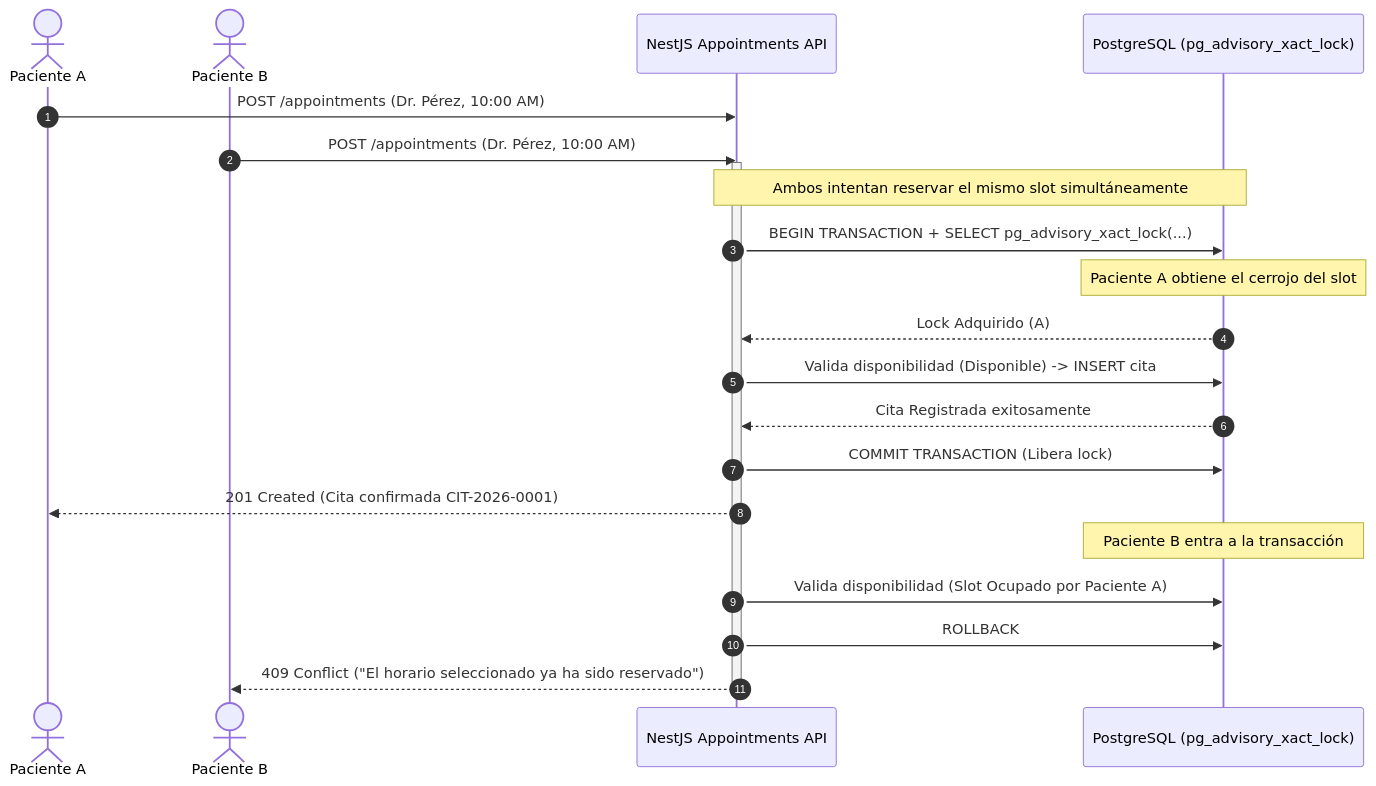
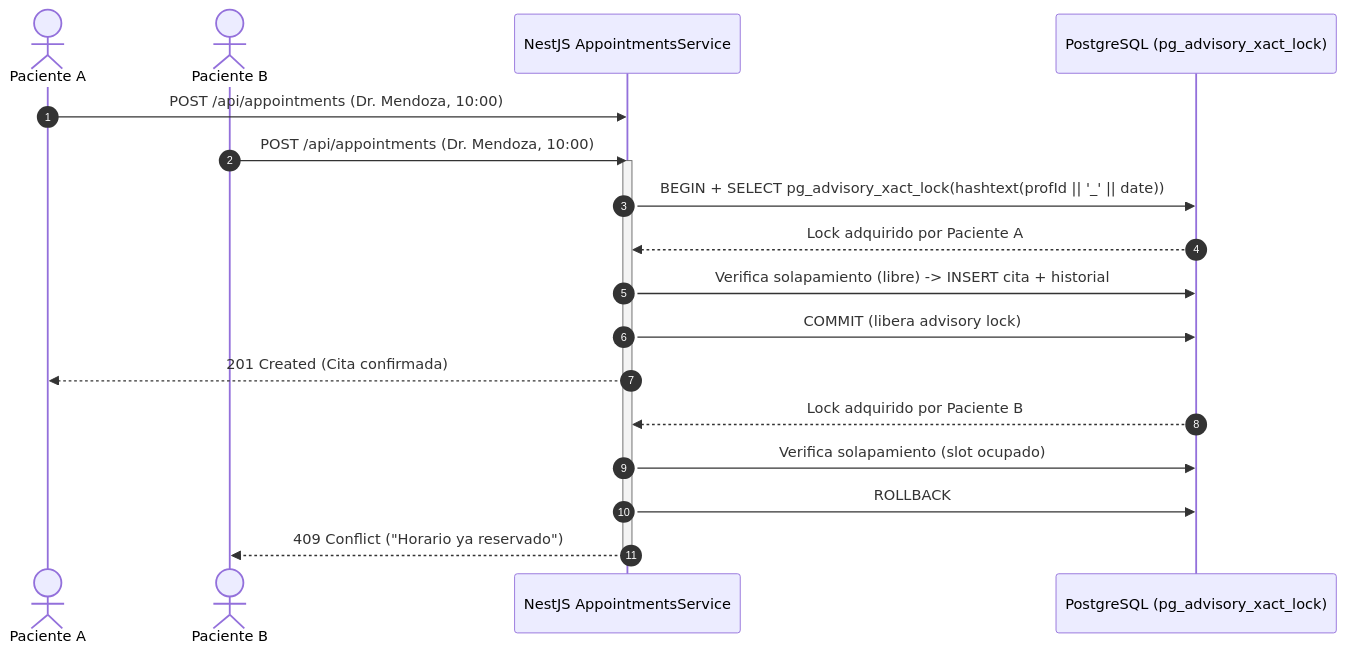
The second of 2 diagrams in README.md (Alessander9/SistemaCitas_ok), drawn with Mermaid before and after one commit. The commit also changed other lines of this file, not shown here.

````diff
--- a/README.md
+++ b/README.md
@@ -106,26 +165,23 @@
 ```mermaid
 sequenceDiagram
     autonumber
     actor P1 as Paciente A
     actor P2 as Paciente B
-    participant API as NestJS Appointments API
+    participant API as NestJS AppointmentsService
     participant DB as PostgreSQL (pg_advisory_xact_lock)
 
-    P1->>API: POST /appointments (Dr. Pérez, 10:00 AM)
-    P2->>API: POST /appointments (Dr. Pérez, 10:00 AM)
+    P1->>API: POST /api/appointments (Dr. Mendoza, 10:00)
+    P2->>API: POST /api/appointments (Dr. Mendoza, 10:00)
     activate API
-    Note over API,DB: Ambos intentan reservar el mismo slot simultáneamente
-    API->>DB: BEGIN TRANSACTION + SELECT pg_advisory_xact_lock(...)
-    Note over DB: Paciente A obtiene el cerrojo del slot
-    DB-->>API: Lock Adquirido (A)
-    API->>DB: Valida disponibilidad (Disponible) -> INSERT cita
-    DB-->>API: Cita Registrada exitosamente
-    API->>DB: COMMIT TRANSACTION (Libera lock)
-    API-->>P1: 201 Created (Cita confirmada CIT-2026-0001)
-    
-    Note over DB: Paciente B entra a la transacción
-    API->>DB: Valida disponibilidad (Slot Ocupado por Paciente A)
+    API->>DB: BEGIN + SELECT pg_advisory_xact_lock(hashtext(profId || '_' || date))
+    DB-->>API: Lock adquirido por Paciente A
+    API->>DB: Verifica solapamiento (libre) -> INSERT cita + historial
+    API->>DB: COMMIT (libera advisory lock)
+    API-->>P1: 201 Created (Cita confirmada)
+
+    DB-->>API: Lock adquirido por Paciente B
+    API->>DB: Verifica solapamiento (slot ocupado)
     API->>DB: ROLLBACK
-    API-->>P2: 409 Conflict ("El horario seleccionado ya ha sido reservado")
+    API-->>P2: 409 Conflict ("Horario ya reservado")
     deactivate API
 ```
````
